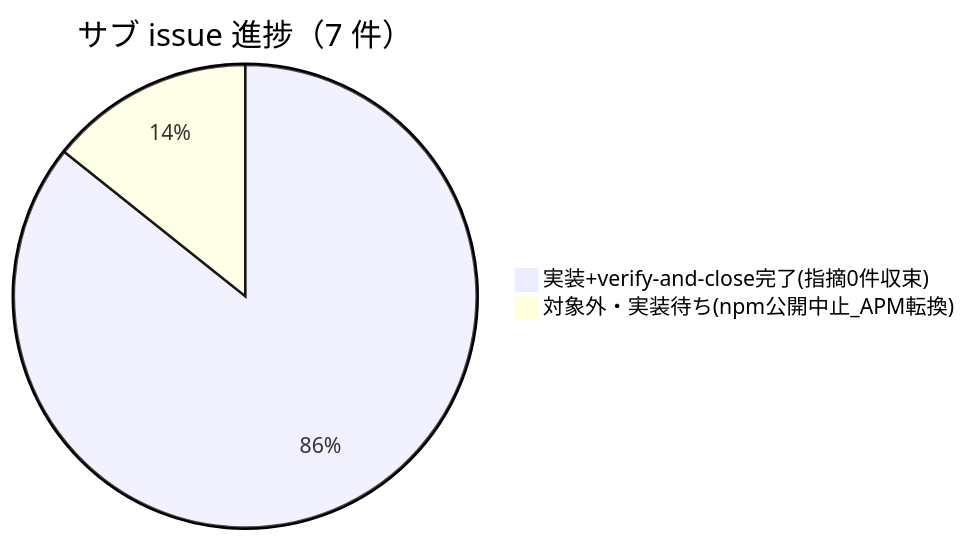
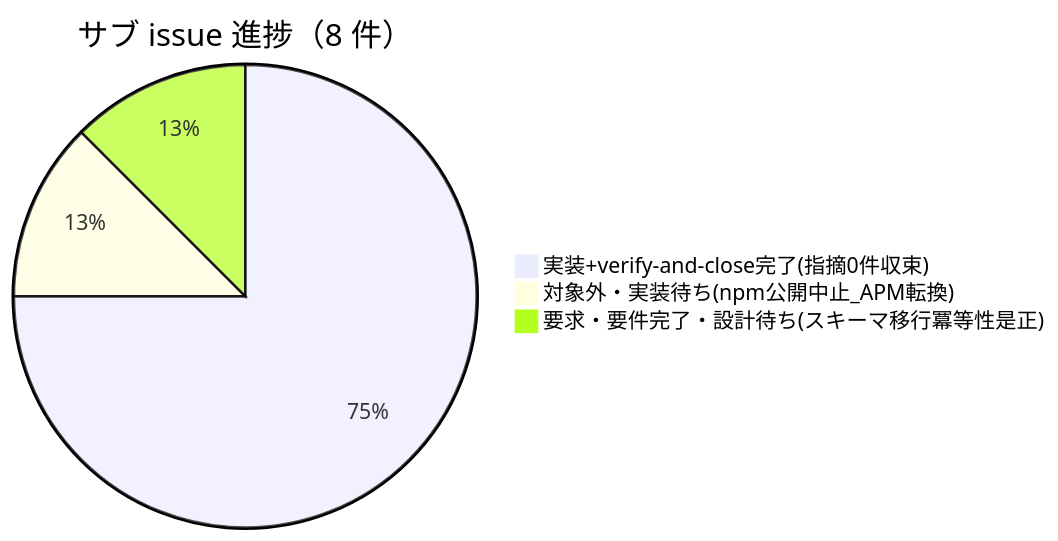
Before and after one commit to techbeansjp-free/AGENTS.md: the diagram in docs/maintainer/workflow/20260711_015030_agentsOS汎用化_ポリシー統合/90_issues.md, drawn with Mermaid. The commit also changed other lines of this file and 9 other files, not shown here.

````diff
--- a/docs/maintainer/workflow/20260711_015030_agentsOS汎用化_ポリシー統合/90_issues.md
+++ b/docs/maintainer/workflow/20260711_015030_agentsOS汎用化_ポリシー統合/90_issues.md
@@ -105,5 +108,6 @@
 ```mermaid
-pie title サブ issue 進捗（7 件）
+pie title サブ issue 進捗（8 件）
     "実装+verify-and-close完了(指摘0件収束)" : 6
     "対象外・実装待ち(npm公開中止_APM転換)" : 1
+    "要求・要件完了・設計待ち(スキーマ移行冪等性是正)" : 1
 ```
````
